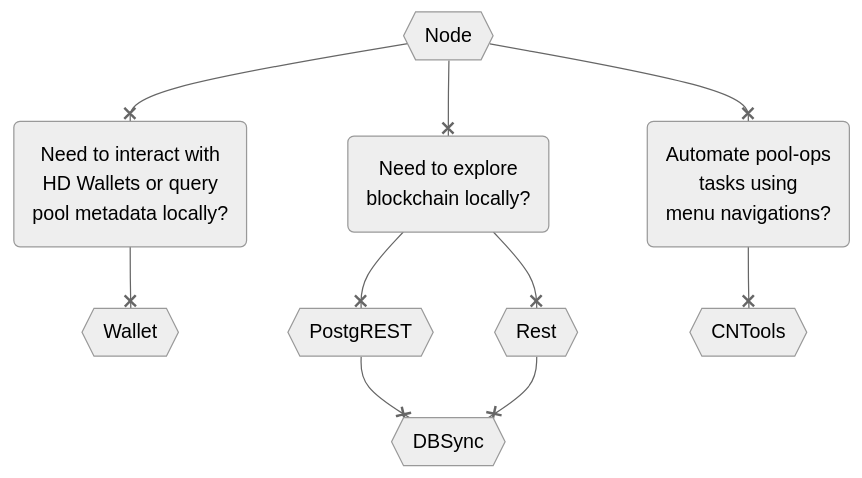
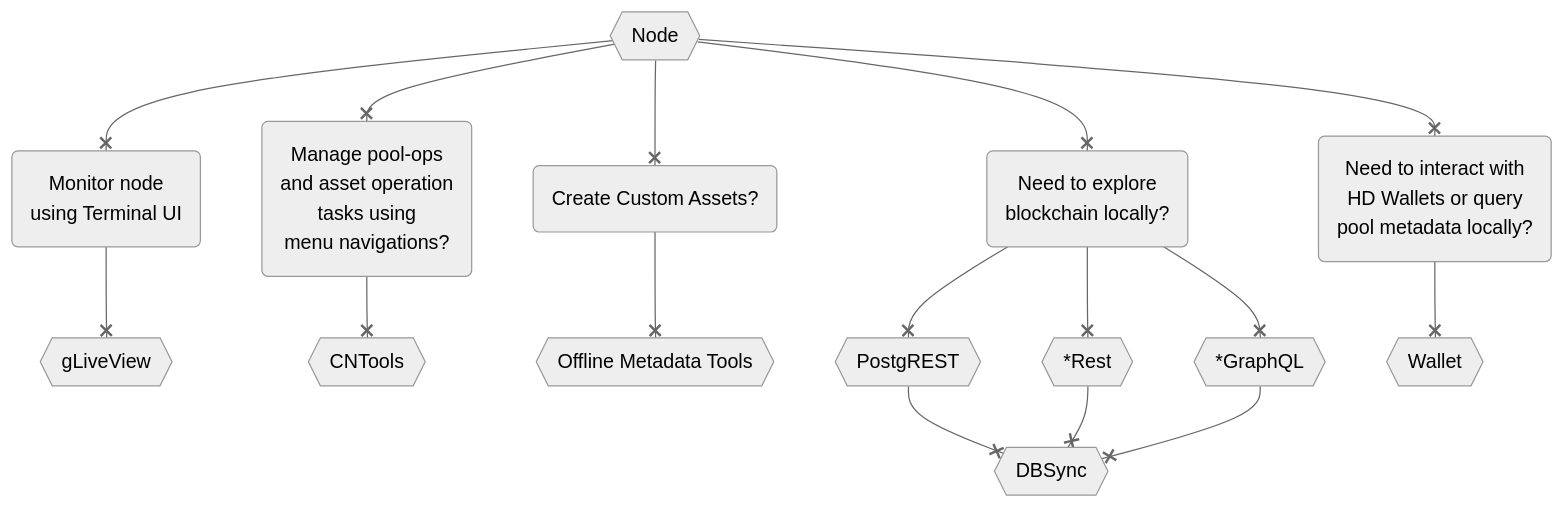
The diagram in docs/build.md (cardano-community/guild-operators), drawn with Mermaid (neutral theme) before and after one commit. The commit also changed other lines of this file and 12 other files, not shown here.

````diff
--- a/docs/build.md
+++ b/docs/build.md
@@ -7,19 +7,26 @@
 ```mermaid
 graph TB
   A(Need to interact with <br/>HD Wallets or query<br/> pool metadata locally?)
   B(Need to explore <br/> blockchain locally?)
-  C(Automate pool-ops <br/> tasks using <br/> menu navigations?)
+  C(Manage pool-ops <br/> and asset operation <br/> tasks using <br/> menu navigations?)
+  D(Create Custom Assets?)
+  E(Monitor node <br/> using Terminal UI)
   O{{Node}}
   P{{PostgREST}}
   Q{{DBSync }}
   R{{Wallet}}
   S{{CNTools}}
-  T{{Rest}}
+  T{{*Rest}}
+  U{{*GraphQL}}
+  V{{Offline Metadata Tools}}
+  X{{gLiveView}}
 
-O --x A --x R
+O --x E --x X
+O --x C --x S
+O --x D --x V
 O --x B
 B --x P --x Q
 B --x T --x Q
-O --x C
-C --x S
+B --x U --x Q
+O --x A --x R
 ```
````
